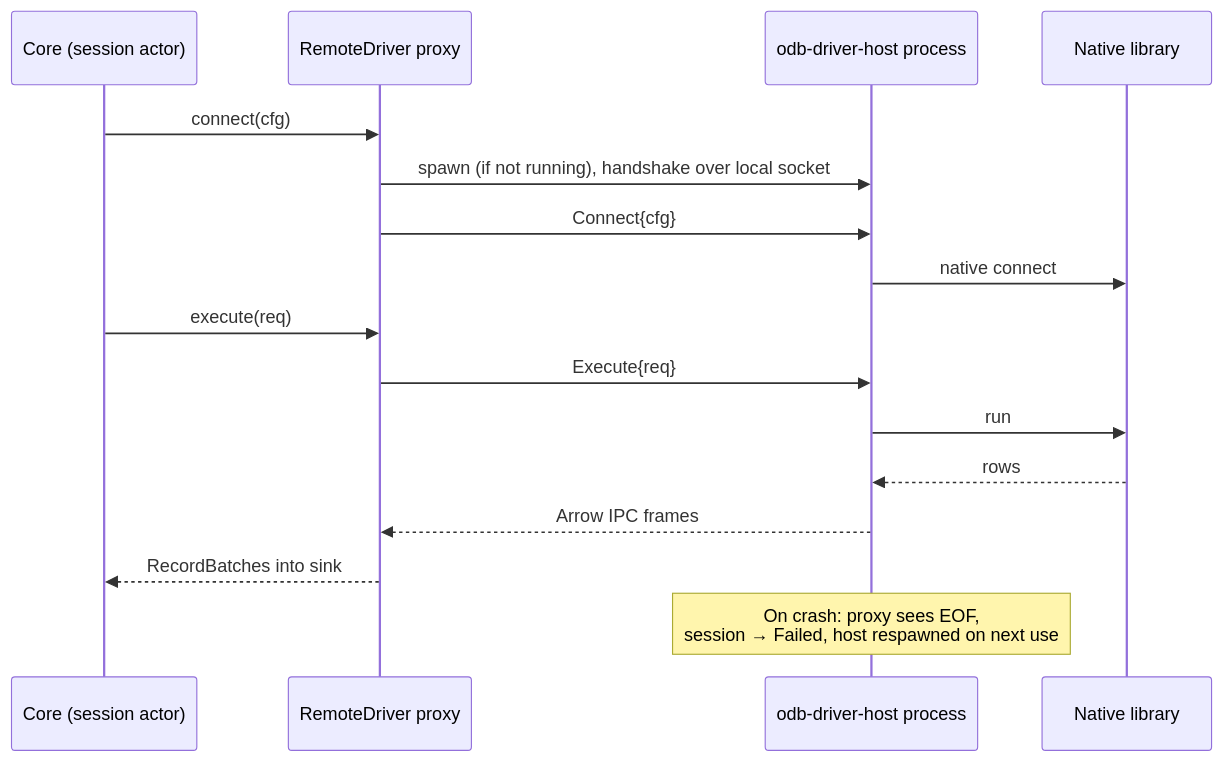
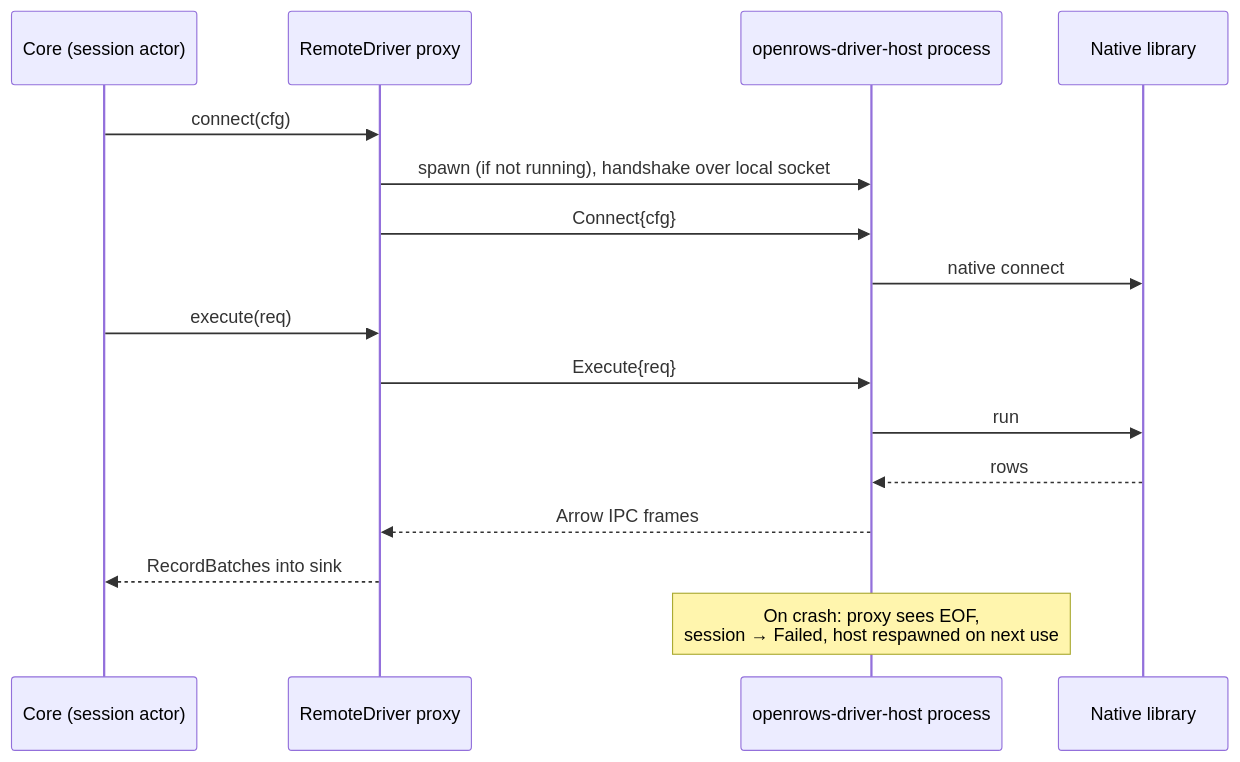
The second of 2 diagrams in docs/05-database-drivers.md (theetaz/open-rows), drawn with Mermaid before and after one commit. The commit also changed other lines of this file and 31 other files, not shown here.

````diff
--- a/docs/05-database-drivers.md
+++ b/docs/05-database-drivers.md
@@ -187,19 +187,19 @@
 ```mermaid
 sequenceDiagram
     participant Core as Core (session actor)
     participant Proxy as RemoteDriver proxy
-    participant Host as odb-driver-host process
+    participant Host as openrows-driver-host process
     participant Lib as Native library
 
     Core->>Proxy: connect(cfg)
     Proxy->>Host: spawn (if not running), handshake over local socket
     Proxy->>Host: Connect{cfg}
     Host->>Lib: native connect
     Core->>Proxy: execute(req)
     Proxy->>Host: Execute{req}
     Host->>Lib: run
     Lib-->>Host: rows
     Host-->>Proxy: Arrow IPC frames
     Proxy-->>Core: RecordBatches into sink
     Note over Host: On crash: proxy sees EOF,<br/>session → Failed, host respawned on next use
 ```
````
